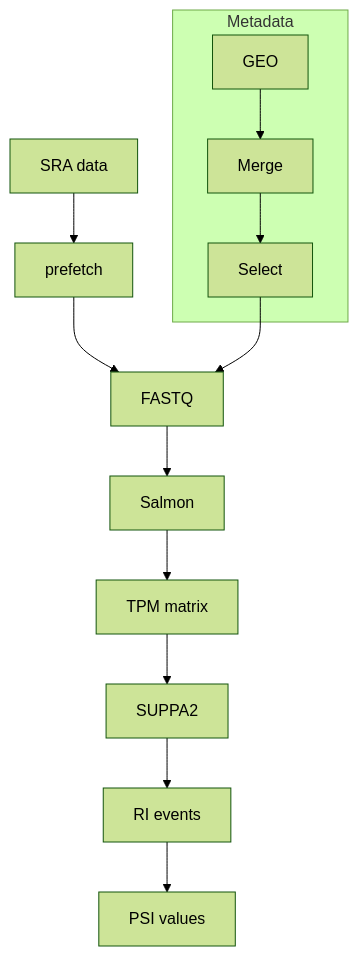
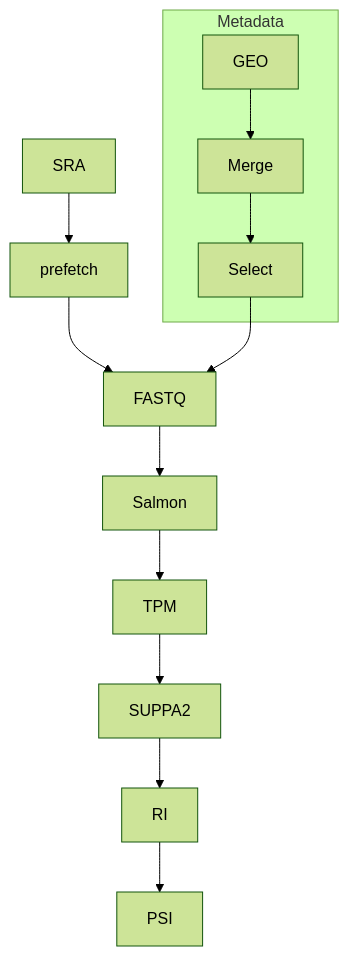
One commit to KiarashBabaei/Transcriptome-AutoPipeline changed the diagram in README.md. Above: the diagram before and after it, drawn with Mermaid (forest theme). The commit also changed other lines of this file, not shown here.

First line of the commit message:
Revise pipeline flowchart and add legend details

````diff
--- a/README.md
+++ b/README.md
@@ -37,16 +36,16 @@
 ```mermaid
 flowchart TD
-    A[SRA data] --> B[prefetch]
+    A[SRA] --> B[prefetch]
     B --> C[FASTQ]
     C --> D[Salmon]
-    D --> E[TPM matrix]
+    D --> E[TPM]
     E --> F[SUPPA2]
-    F --> G[RI events]
-    G --> H[PSI values]
+    F --> G[RI]
+    G --> H[PSI]
 
     subgraph Metadata
         M1[GEO] --> M2[Merge] --> M3[Select]
     end
 
     M3 --> C
 ```
````
